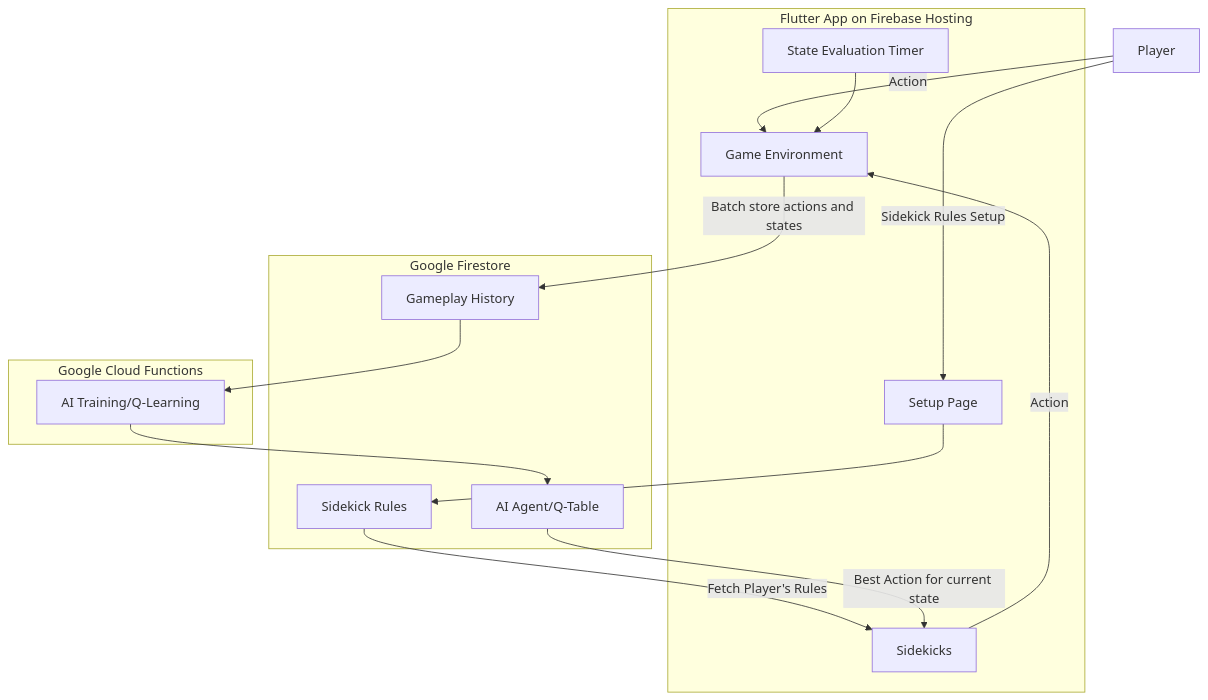
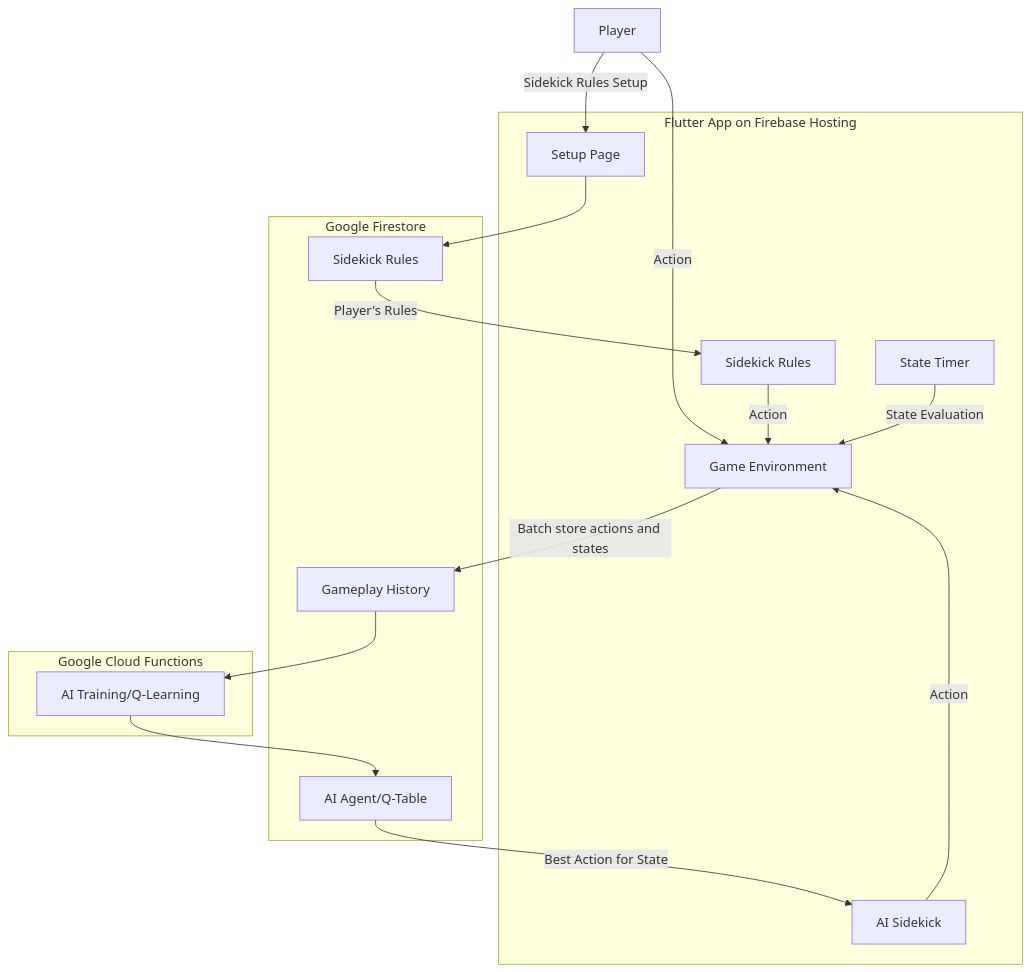
Before and after one commit to risheeboy/black_death: the diagram in README.md, drawn with Mermaid.

Commit message:
Diagram split to 2 sidekicks

````diff
--- a/README.md
+++ b/README.md
@@ -15,30 +15,32 @@
 ```mermaid
 graph TD
     Player -->|Action| Game[Game Environment]
     Player -->|Sidekick Rules Setup| Setup[Setup Page]
     Setup --> Rules[Sidekick Rules]
-    Rules -->|Fetch Player's Rules| Sidekick[Sidekicks]
-    Sidekick -->|Action| Game
+    RulesAgent[Sidekick Rules] -->|Action| Game
+    AIAgent[AI Sidekick] -->|Action| Game
+    Rules -->|Player's Rules| RulesAgent
     Game -->|Batch store actions and states| Gameplay[Gameplay History]
-    Timer[State Evaluation Timer] --> Game
+    Timer[State Timer] -->|State Evaluation| Game
     Gameplay --> Trainer[AI Training/Q-Learning]
-    Trainer --> Agent[AI Agent/Q-Table]
-    Agent -->|Best Action for current state| Sidekick
+    Trainer --> QTable[AI Agent/Q-Table]
+    QTable -->|Best Action for State| AIAgent
 
     subgraph Google Firestore 
     Rules
     Gameplay
-    Agent
+    QTable
     end
 
     subgraph Flutter App on Firebase Hosting
     Game
-    Sidekick
+    RulesAgent
+    AIAgent
     Setup
     Timer
     end
 
     subgraph Google Cloud Functions 
     Trainer
     end
 ```
````
